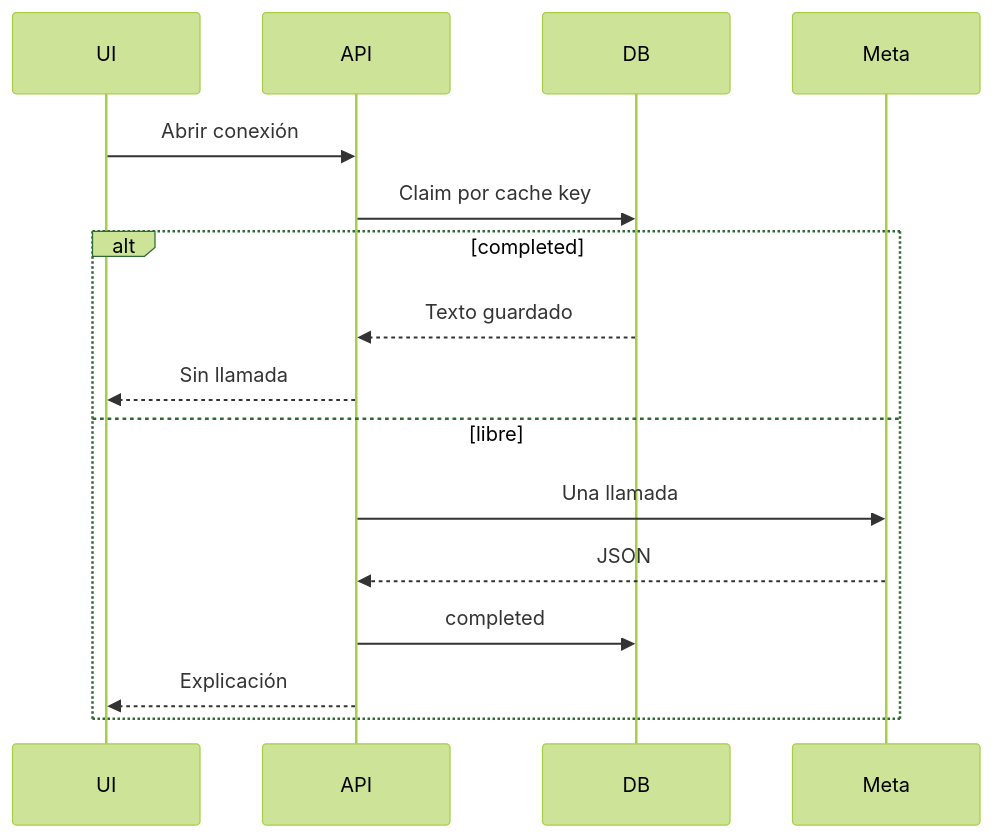
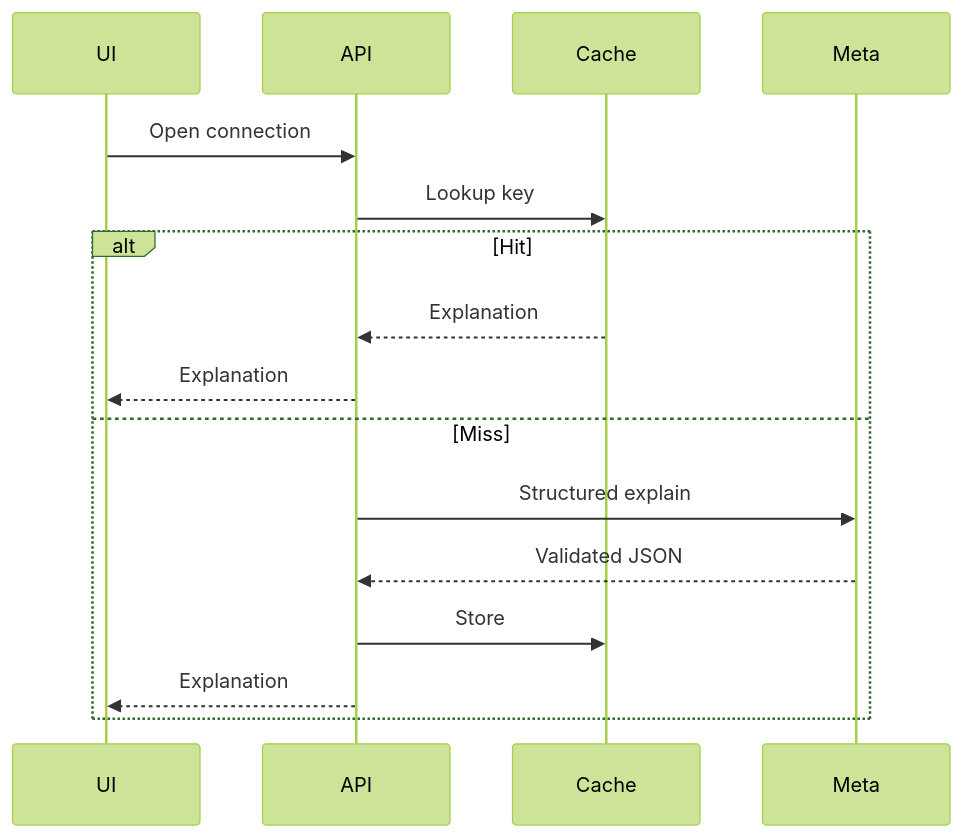
The diagram in META_AI_CACHE.md (pablojhdcoder/IntroMesh), drawn with Mermaid (forest theme) before and after one commit. The commit also changed other lines of this file and 44 other files, not shown here.

````diff
--- a/META_AI_CACHE.md
+++ b/META_AI_CACHE.md
@@ -5,18 +5,14 @@
 ```mermaid
 sequenceDiagram
-  participant UI
-  participant API
-  participant DB
-  participant Meta
-  UI->>API: Abrir conexión
-  API->>DB: Claim por cache key
-  alt completed
-    DB-->>API: Texto guardado
-    API-->>UI: Sin llamada
-  else libre
-    API->>Meta: Una llamada
-    Meta-->>API: JSON
-    API->>DB: completed
-    API-->>UI: Explicación
+  UI->>API: Open connection
+  API->>Cache: Lookup key
+  alt Hit
+    Cache-->>API: Explanation
+    API-->>UI: Explanation
+  else Miss
+    API->>Meta: Structured explain
+    Meta-->>API: Validated JSON
+    API->>Cache: Store
+    API-->>UI: Explanation
   end
 ```
````
